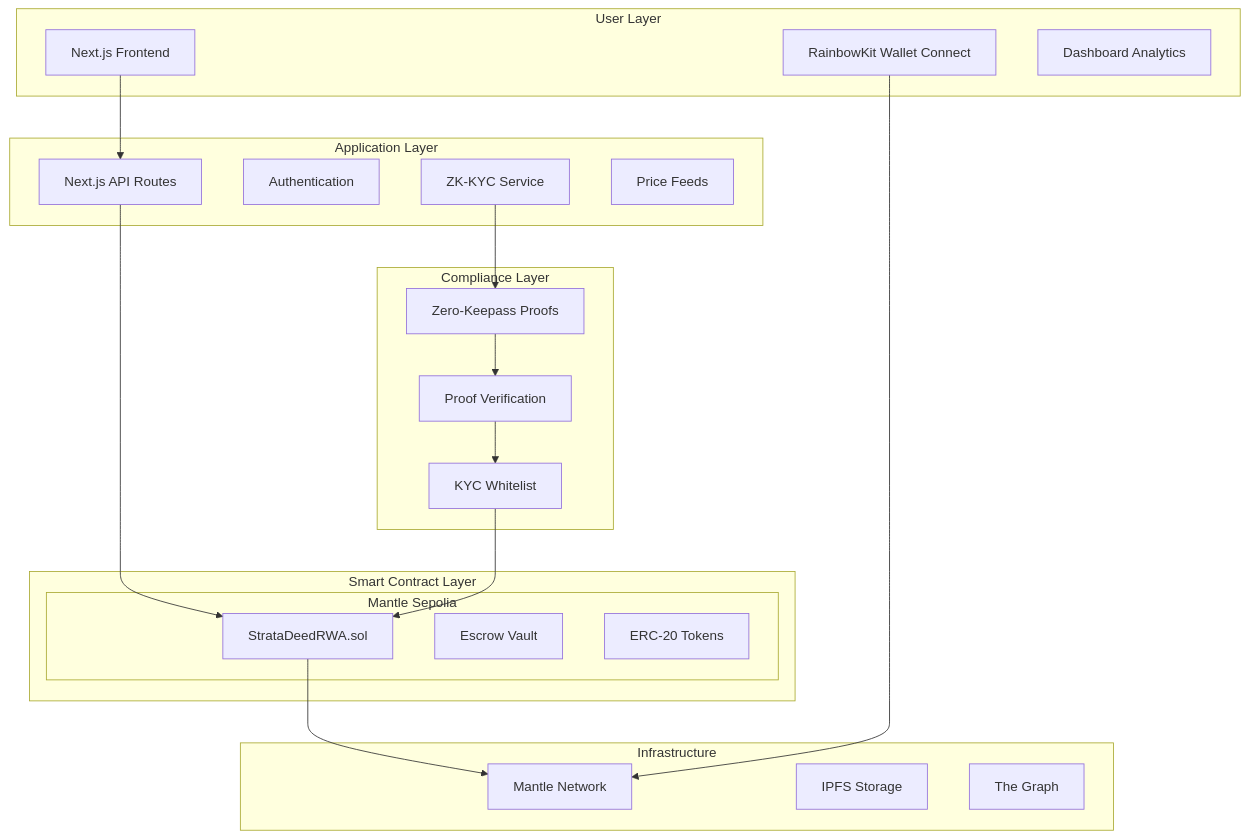
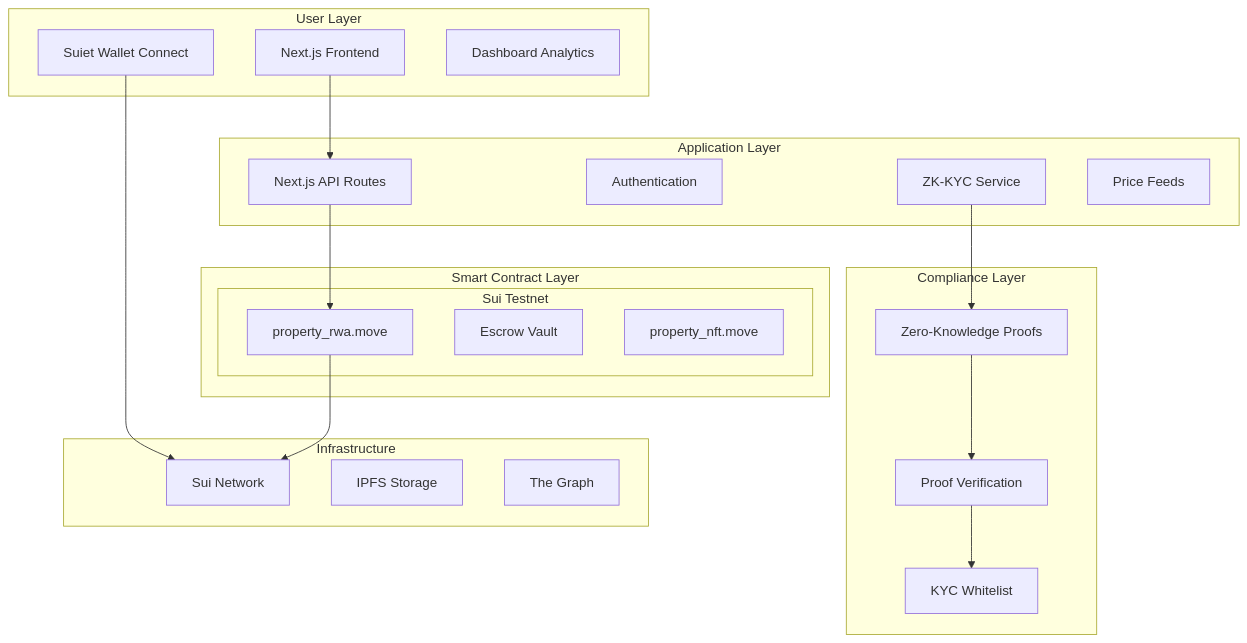
One commit to Vheek10/StrataDeed changed the diagram in README.md. Above: the diagram before and after it, drawn with Mermaid. The commit also changed other lines of this file and 39 other files, not shown here.

````diff
--- a/README.md
+++ b/README.md
@@ -80,44 +84,43 @@
 ```mermaid
 graph TB
     subgraph "User Layer"
         UI[Next.js Frontend]
-        WC[RainbowKit Wallet Connect]
+        WC[Suiet Wallet Connect]
         DASH[Dashboard Analytics]
     end
 
     subgraph "Application Layer"
         API[Next.js API Routes]
         AUTH[Authentication]
         KYC[ZK-KYC Service]
         ORACLE[Price Feeds]
     end
 
     subgraph "Smart Contract Layer"
-        subgraph "Mantle Sepolia"
-            SC[StrataDeedRWA.sol]
+        subgraph "Sui Testnet"
+            SC[property_rwa.move]
             ESCROW[Escrow Vault]
-            TOKEN[ERC-20 Tokens]
+            NFT[property_nft.move]
         end
     end
 
     subgraph "Compliance Layer"
-        ZK[Zero-Keepass Proofs]
+        ZK[Zero-Knowledge Proofs]
         VERIFY[Proof Verification]
         WHITELIST[KYC Whitelist]
     end
 
     subgraph "Infrastructure"
-        MANTLE[Mantle Network]
+        SUI[Sui Network]
         IPFS[IPFS Storage]
         THEGRAPH[The Graph]
     end
 
     UI --> API
     API --> SC
-    SC --> MANTLE
+    SC --> SUI
+    WC --> SUI
     KYC --> ZK
     ZK --> VERIFY
     VERIFY --> WHITELIST
-    WHITELIST --> SC
-    WC --> MANTLE
 ```
````
